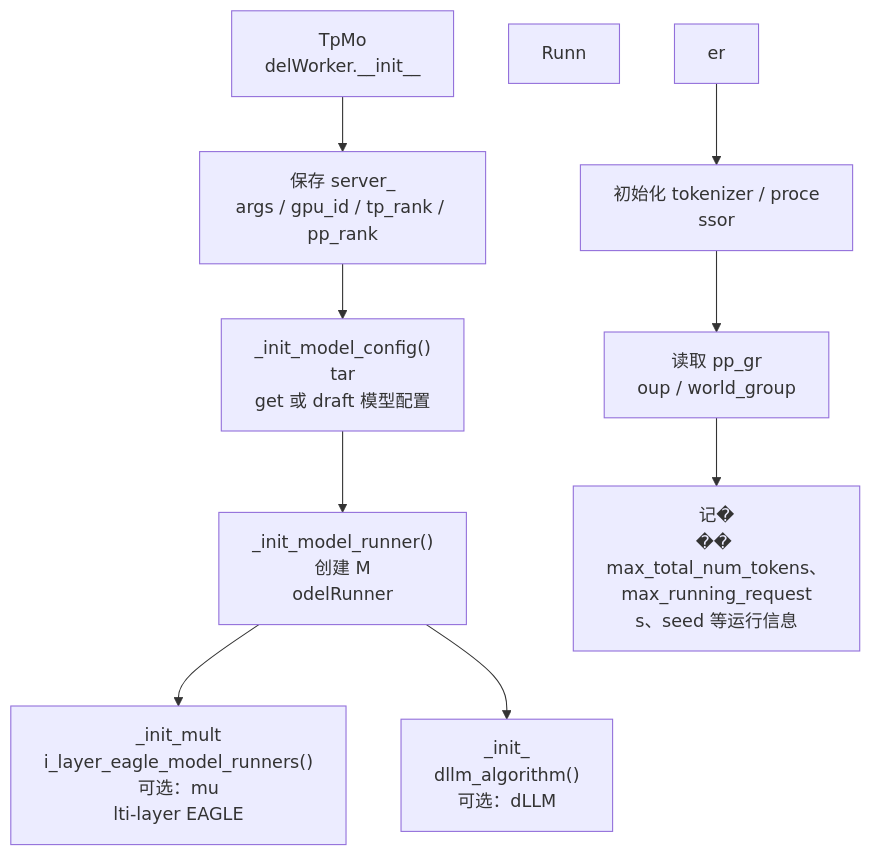
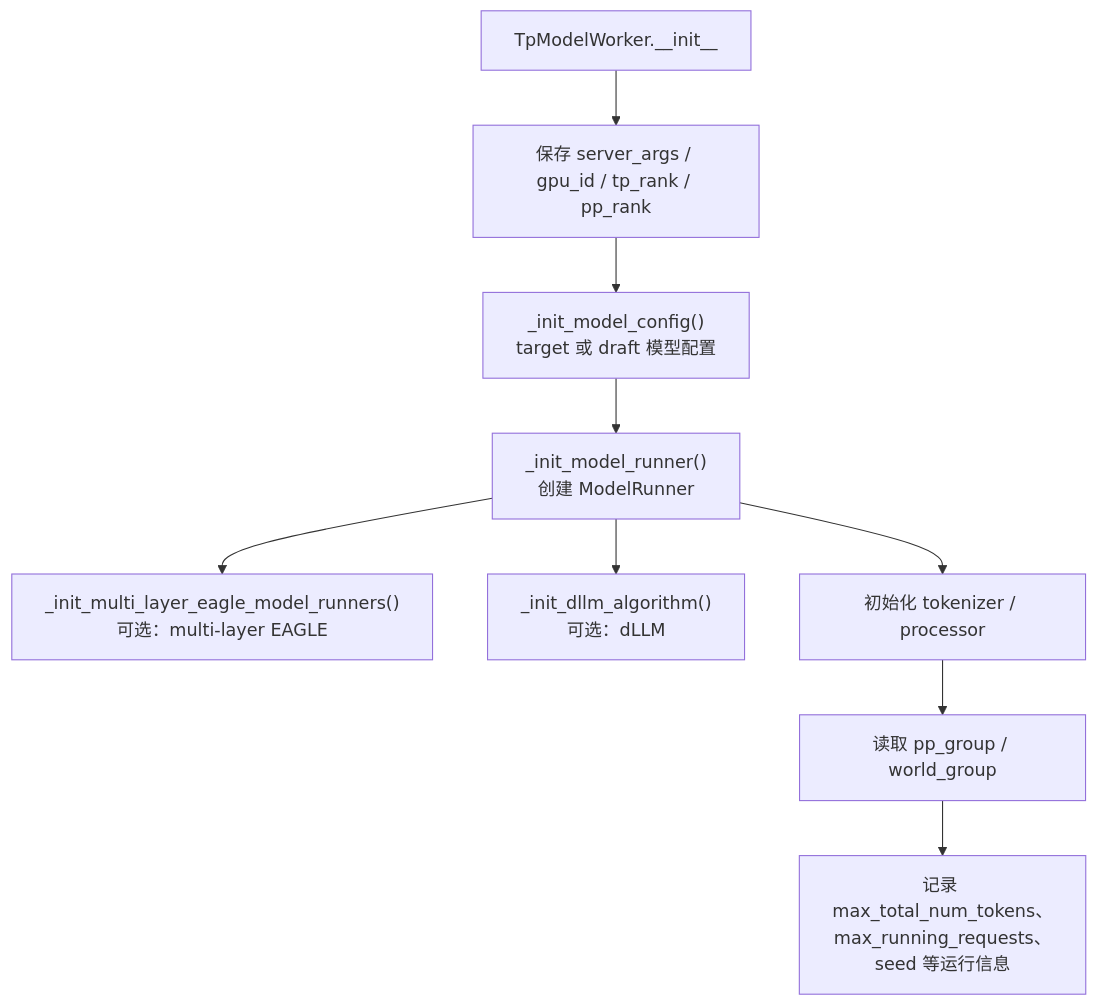
The second of 4 diagrams in src/data/sglang-content/tp-worker-model-runner/01-architecture.md (cl-vv-h/AI_Infra_Tutor_Page), drawn with Mermaid before and after one commit. The commit also changed other lines of this file and 25 other files, not shown here.

Commit message:
Fix markdown rendering with react-markdown, add SGLang knowledge graph

````diff
--- a/src/data/sglang-content/tp-worker-model-runner/01-architecture.md
+++ b/src/data/sglang-content/tp-worker-model-runner/01-architecture.md
@@ -97,25 +40,11 @@
 ```mermaid
 flowchart TB
-    TpInit["TpMo
-delWorker.__init__"] --> Args["保存 server_
-args / gpu_id / tp_rank / pp_rank"]
-    Args 
---> ModelConfig["_init_model_config()<br/>tar
-get 或 draft 模型配置"]
-    ModelConfig 
---> Runner["_init_model_runner()<br/>创建 M
-odelRunner"]
-    Runner --> Eagle["_init_mult
-i_layer_eagle_model_runners()<br/>可选：mu
-lti-layer EAGLE"]
-    Runner --> DLLM["_init_
-dllm_algorithm()<br/>可选：dLLM"]
-    Runn
-er --> Tokenizer["初始化 tokenizer / proce
-ssor"]
-    Tokenizer --> Groups["读取 pp_gr
-oup / world_group"]
-    Groups --> Info["记�
-�� max_total_num_tokens、max_running_request
-s、seed 等运行信息"]
+    TpInit["TpModelWorker.__init__"] --> Args["保存 server_args / gpu_id / tp_rank / pp_rank"]
+    Args --> ModelConfig["_init_model_config()<br/>target 或 draft 模型配置"]
+    ModelConfig --> Runner["_init_model_runner()<br/>创建 ModelRunner"]
+    Runner --> Eagle["_init_multi_layer_eagle_model_runners()<br/>可选：multi-layer EAGLE"]
+    Runner --> DLLM["_init_dllm_algorithm()<br/>可选：dLLM"]
+    Runner --> Tokenizer["初始化 tokenizer / processor"]
+    Tokenizer --> Groups["读取 pp_group / world_group"]
+    Groups --> Info["记录 max_total_num_tokens、max_running_requests、seed 等运行信息"]
 ```
````
